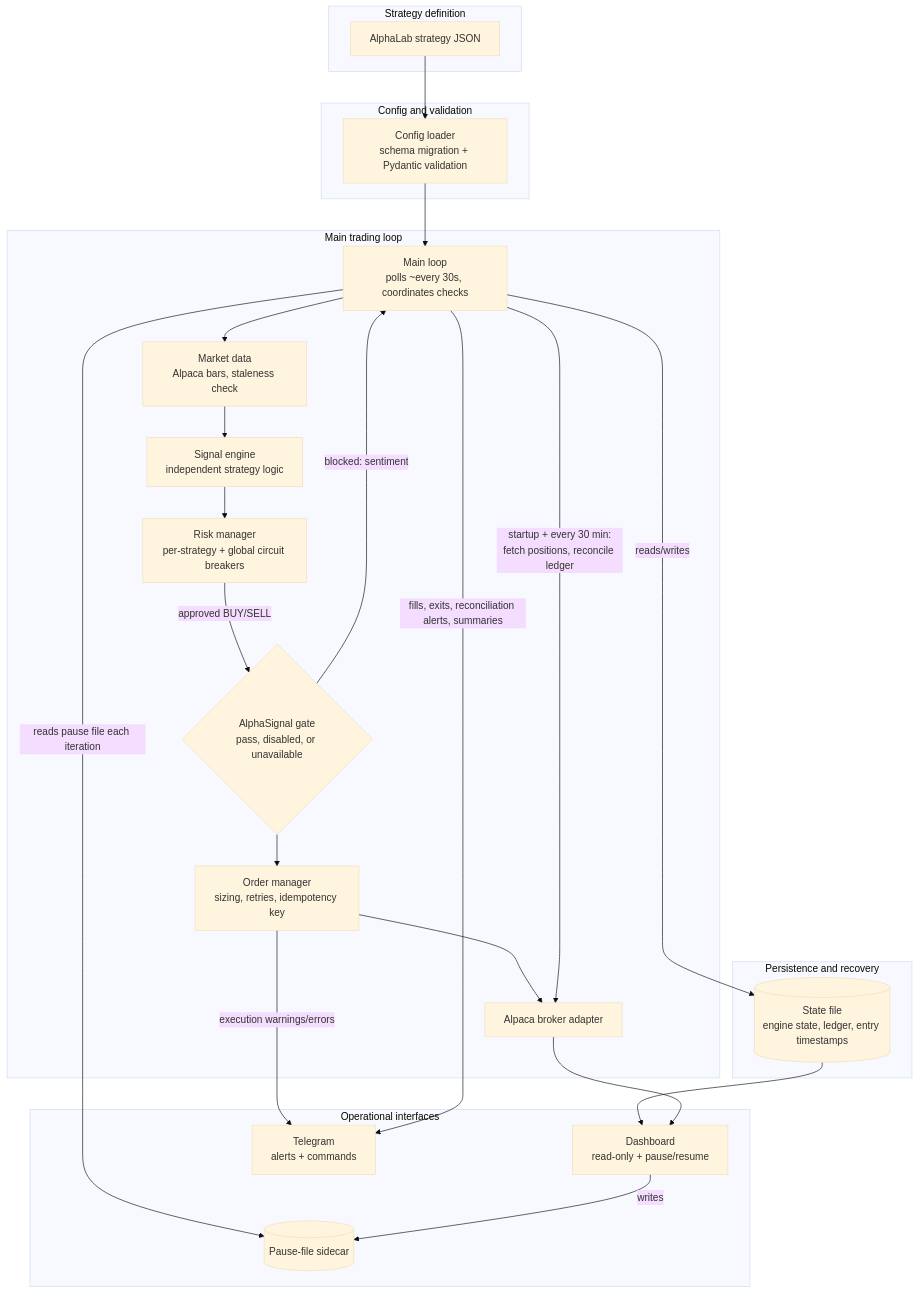
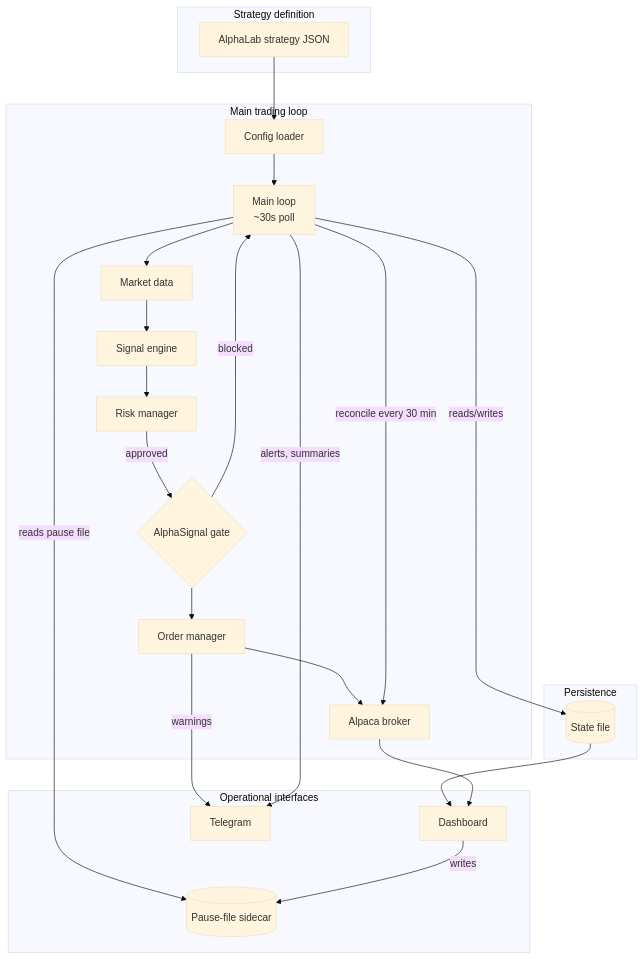
The first of 2 diagrams in README.md (bernardoguterres/AlphaLive), drawn with Mermaid (base theme) before and after one commit. The commit also changed other lines of this file, not shown here.

````diff
--- a/README.md
+++ b/README.md
@@ -42,45 +20,42 @@
 ```mermaid
 flowchart TB
     subgraph INPUT["Strategy definition"]
-        JSON[AlphaLab strategy JSON]
-    end
-
-    subgraph BOOT["Config and validation"]
-        CFG[Config loader<br/>schema migration + Pydantic validation]
+        JSON["AlphaLab strategy JSON"]
     end
 
     subgraph LOOP["Main trading loop"]
-        MAIN[Main loop<br/>polls ~every 30s, coordinates checks]
-        MD[Market data<br/>Alpaca bars, staleness check]
-        SIG[Signal engine<br/>independent strategy logic]
-        RISK[Risk manager<br/>per-strategy + global circuit breakers]
-        GATE{AlphaSignal gate<br/>pass, disabled, or unavailable}
-        OM[Order manager<br/>sizing, retries, idempotency key]
-        BROKER[Alpaca broker adapter]
+        CFG["Config loader"]
+        MAIN["Main loop\n~30s poll"]
+        MD["Market data"]
+        SIG["Signal engine"]
+        RISK["Risk manager"]
+        GATE{"AlphaSignal gate"}
+        OM["Order manager"]
+        BROKER["Alpaca broker"]
     end
 
-    subgraph PERSIST["Persistence and recovery"]
-        STATE[(State file<br/>engine state, ledger, entry timestamps)]
+    subgraph PERSIST["Persistence"]
+        STATE[("State file")]
     end
 
     subgraph OPS["Operational interfaces"]
-        DASH[Dashboard<br/>read-only + pause/resume]
-        PAUSEFILE[(Pause-file sidecar)]
-        TG[Telegram<br/>alerts + commands]
+        DASH["Dashboard"]
+        PAUSEFILE[("Pause-file sidecar")]
+        TG["Telegram"]
     end
 
     JSON --> CFG --> MAIN
     MAIN --> MD --> SIG --> RISK
-    RISK -->|approved BUY/SELL| GATE
-    GATE -->|blocked: sentiment| MAIN
+    RISK -->|approved| GATE
+    GATE -->|blocked| MAIN
     GATE --> OM
     OM --> BROKER
-    OM -->|execution warnings/errors| TG
-    MAIN -->|fills, exits, reconciliation alerts, summaries| TG
-    MAIN -->|reads pause file each iteration| PAUSEFILE
+    OM -->|warnings| TG
+    MAIN -->|alerts, summaries| TG
+    MAIN -->|reads pause file| PAUSEFILE
     DASH -->|writes| PAUSEFILE
     MAIN -->|reads/writes| STATE
-    MAIN -->|startup + every 30 min:<br/>fetch positions, reconcile ledger| BROKER
+    MAIN -->|reconcile every 30 min| BROKER
     STATE --> DASH
     BROKER --> DASH
 ```
````
